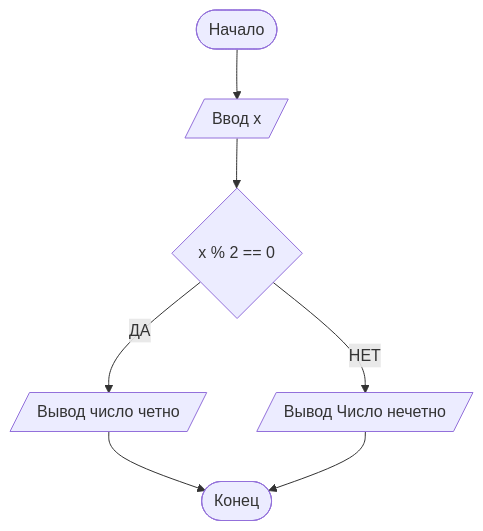
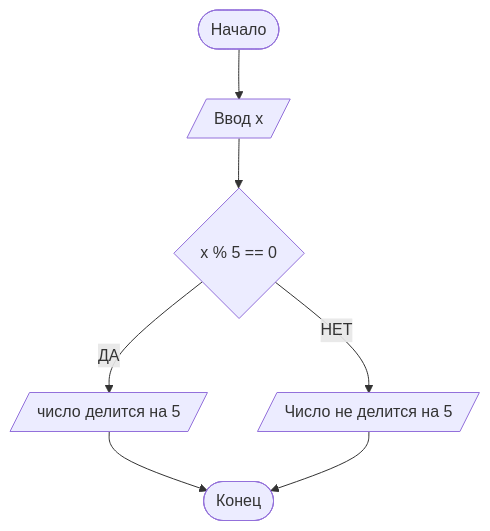
Before and after one commit to ianov-yegor-stud/IVANOV-LR3-IVT-ISY103B: the diagram in README.md, drawn with Mermaid. The commit also changed other lines of this file, not shown here.

````diff
--- a/README.md
+++ b/README.md
@@ -62,7 +62,7 @@
 ```mermaid
 flowchart TD
    A([Начало]) -->
    B[/Ввод x/] -->
-   C{x % 2 == 0} --> |ДА| D[/Вывод число четно/] --> Z([Конец])
-C --> |НЕТ| E[/Вывод Число нечетно/] --> Z
+   C{x % 5 == 0} --> |ДА| D[/число делится на 5/] --> Z([Конец])
+C --> |НЕТ| E[/Число не делится на 5/] --> Z
 ```
````
